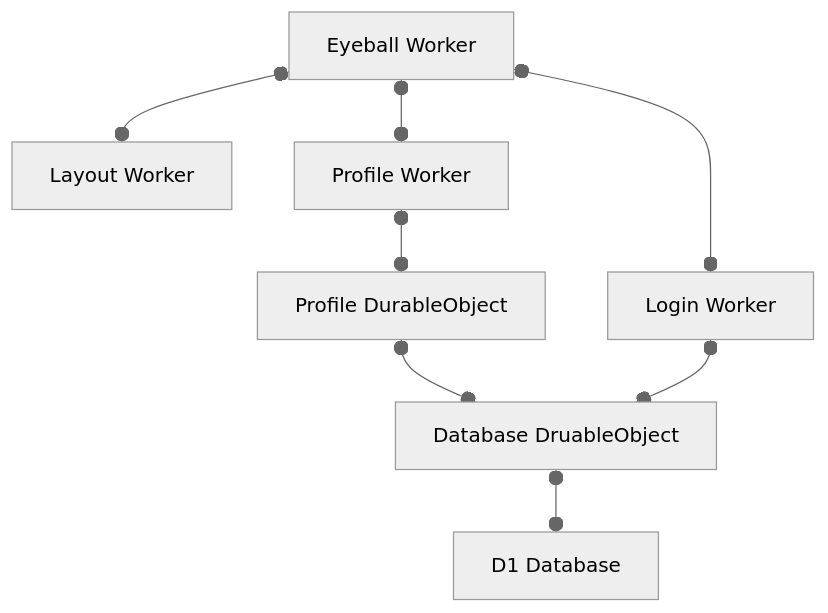
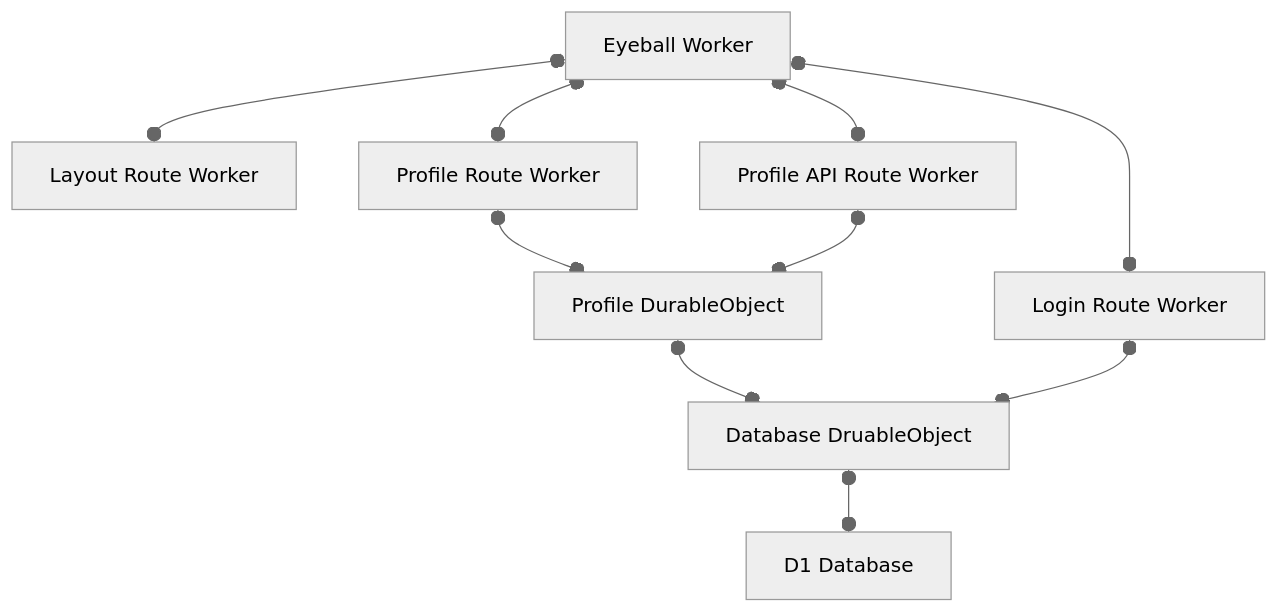
One commit to jacob-ebey/react-framework changed the second of 2 diagrams in examples/basic/README.md. Above: the diagram before and after it, drawn with Mermaid (neutral theme). The commit also changed 9 other files, not shown here.

````diff
--- a/examples/basic/README.md
+++ b/examples/basic/README.md
@@ -30,18 +30,21 @@
 ```mermaid
 flowchart TD
     Eyeball[Eyeball Worker]
     DB[Database DruableObject]
     D1[D1 Database]
-    Layout[Layout Worker]
-    Login[Login Worker]
-    Profile[Profile Worker]
+    Layout[Layout Route Worker]
+    Login[Login Route Worker]
+    Profile[Profile Route Worker]
+    ProfileAPI[Profile API Route Worker]
     ProfileDO[Profile DurableObject]
 
     Eyeball o--o Layout
     Eyeball o--o Login
     Eyeball o--o Profile
+    Eyeball o--o ProfileAPI
     Profile o--o ProfileDO
+    ProfileAPI o--o ProfileDO
     ProfileDO o--o DB
     Login o--o DB
     DB o--o D1
 ```
````
